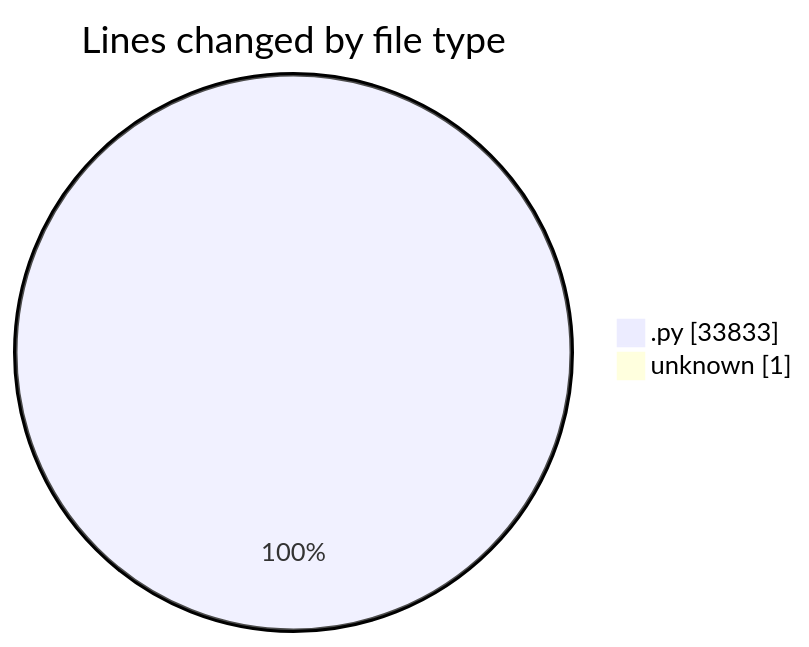
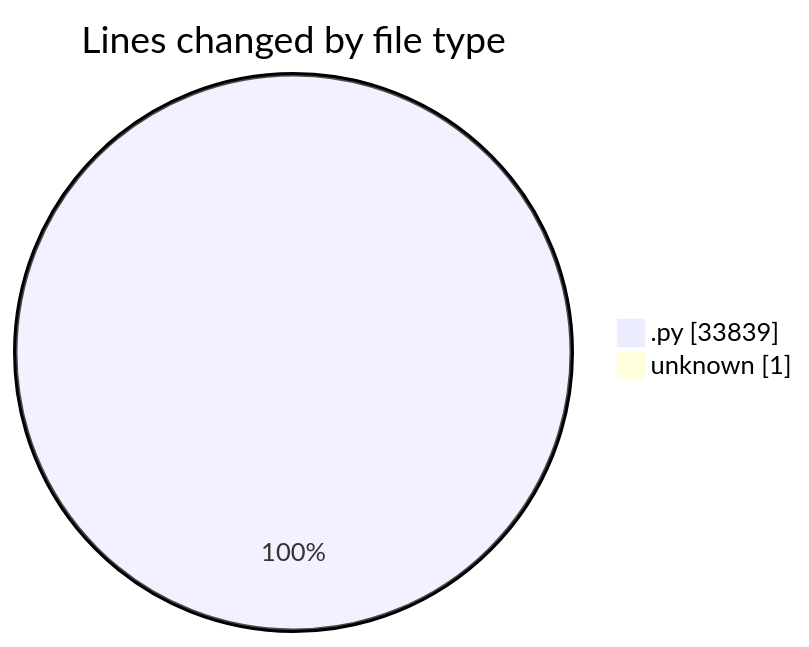
The first of 2 diagrams in 2025-11-22/eventscop-api-guide__workspace_/README.md (julien-gomy/code-tracking), drawn with Mermaid before and after one commit. The commit also changed other lines of this file and 1 other file, not shown here.

````diff
--- a/2025-11-22/eventscop-api-guide__workspace_/README.md
+++ b/2025-11-22/eventscop-api-guide__workspace_/README.md
@@ -32,6 +32,6 @@
 ```mermaid
 pie showData
 title Lines changed by file type
-".py" : 33833
+".py" : 33839
 "unknown" : 1
 ```
````
